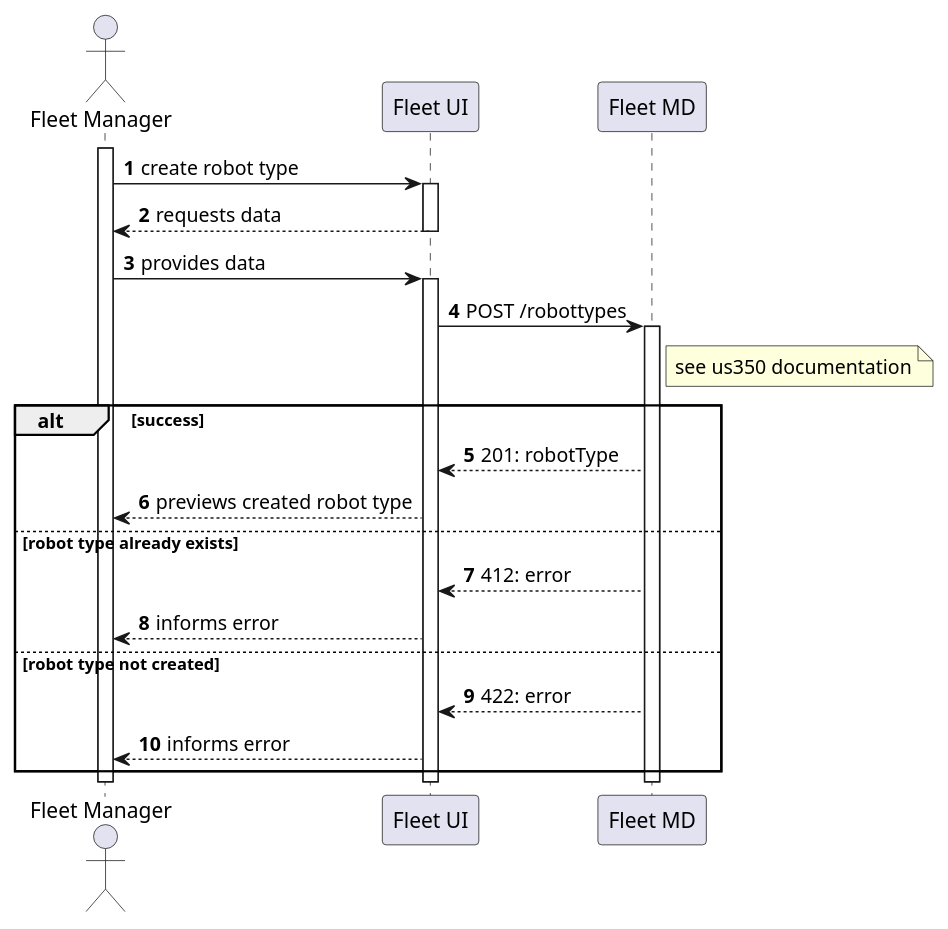
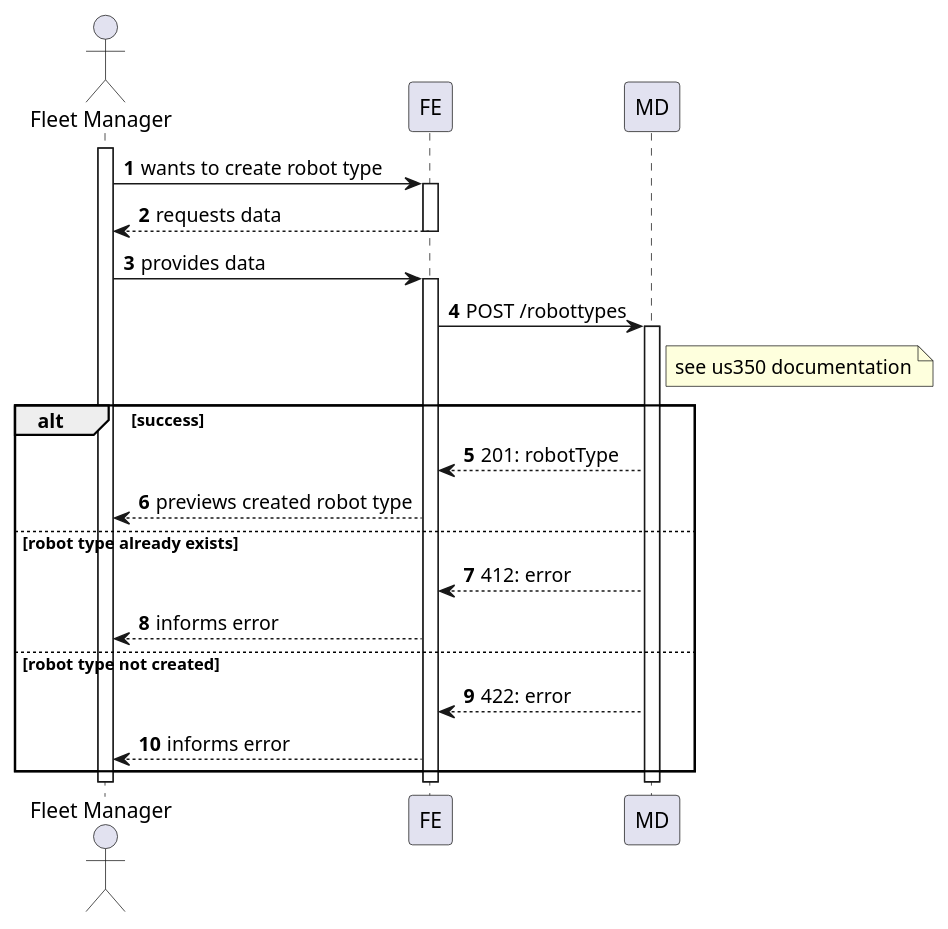
The diagram in docs/us1000/level2/process-view.puml (Departamento-de-Engenharia-Informatica/lapr5-23-24-g19), drawn with PlantUML before and after one commit. The commit also changed 3 other files, not shown here.

```diff
--- a/docs/us1000/level2/process-view.puml
+++ b/docs/us1000/level2/process-view.puml
@@ -1,38 +1,37 @@
 @startuml
 autonumber
 
 actor "Fleet Manager" as usr
 
-participant "Fleet UI" as ui
+participant "FE" as ui
 
-'TODO: call it just 'MD'?
-participant "Fleet MD" as md
+participant "MD" as md
 
 activate usr
-    usr -> ui : create robot type
+    usr -> ui : wants to create robot type
     activate ui
         ui --> usr : requests data
     deactivate ui
 
     usr -> ui : provides data
     activate ui
         ui -> md : POST /robottypes
 
         activate md
         note right of md : see us350 documentation
         alt success
             md --> ui : 201: robotType
             ui --> usr : previews created robot type
         else robot type already exists
             md --> ui : 412: error
             ui --> usr : informs error
         else robot type not created
             md --> ui : 422: error
             ui --> usr : informs error
         end
         deactivate md
 
     deactivate ui
 deactivate usr
 
 @enduml
```
